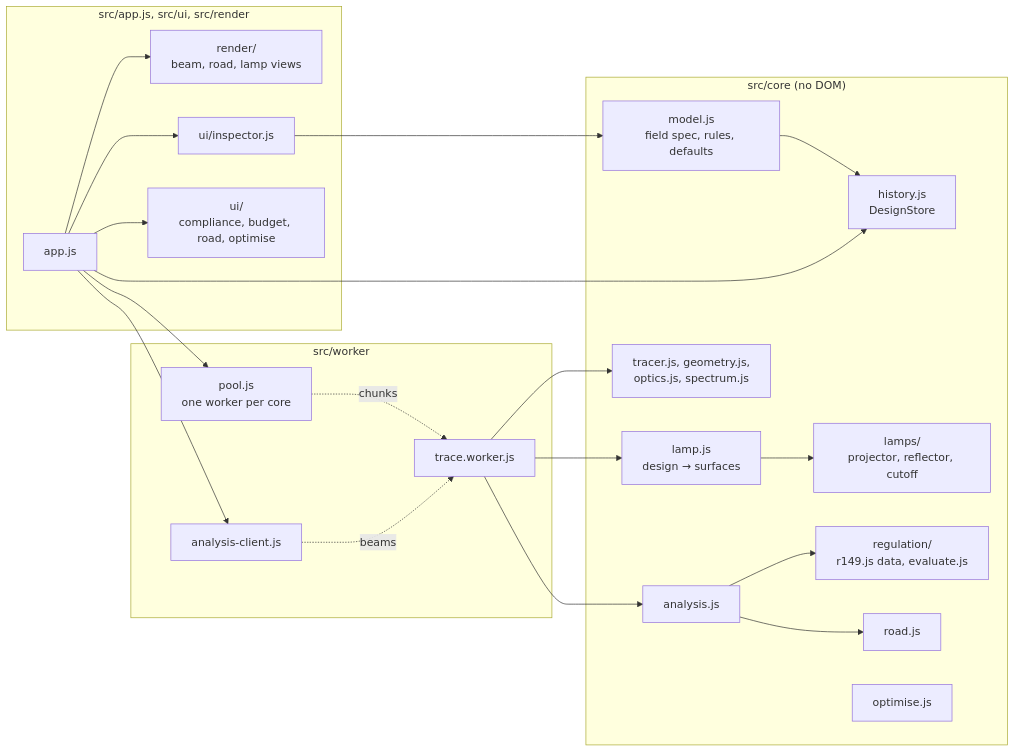
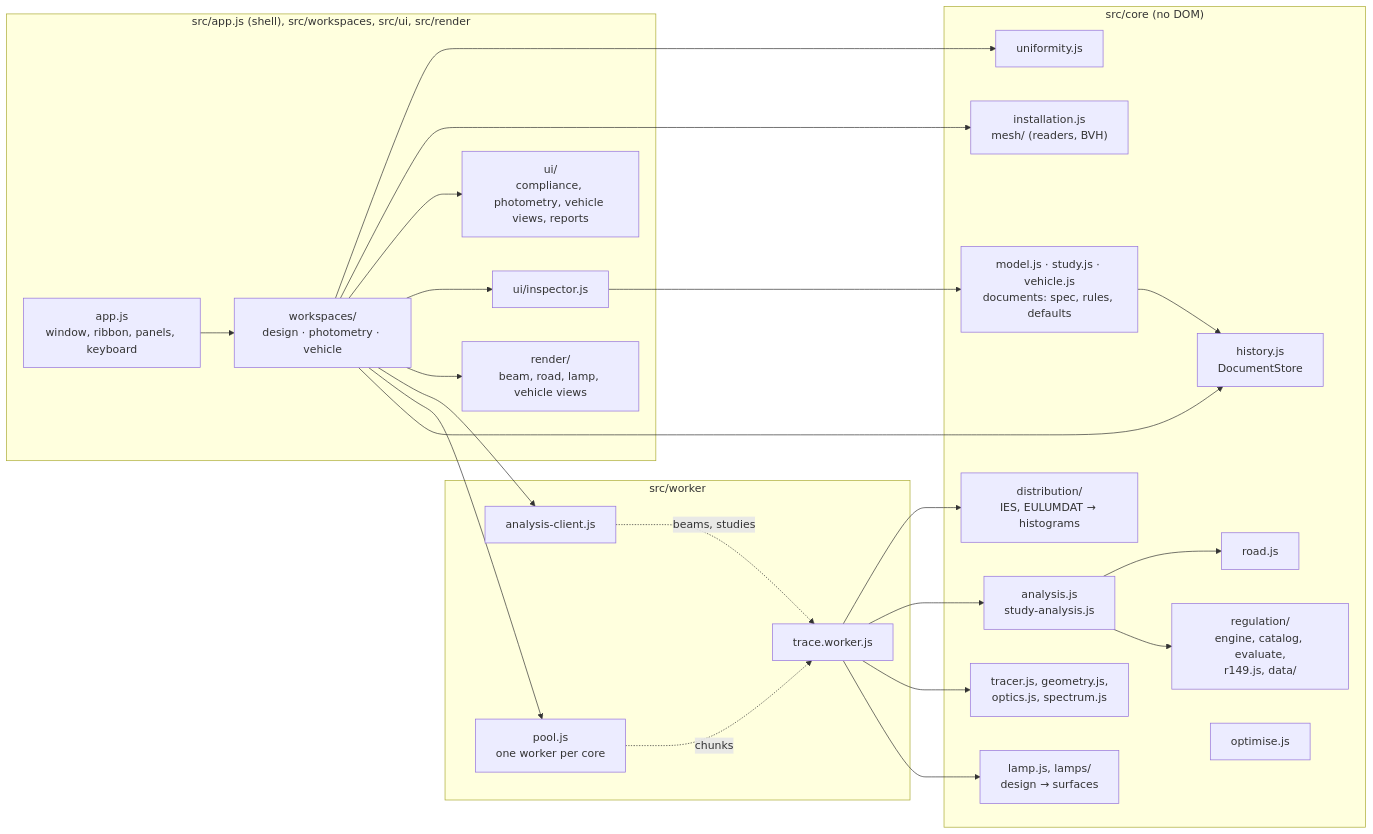
Before and after one commit to swiftugandan/cutline: the diagram in docs/ARCHITECTURE.md, drawn with Mermaid. The commit also changed other lines of this file and 87 other files, not shown here.

First line of the commit message:
Cutline 0.2.0: photometry and vehicle workspaces for every market

````diff
--- a/docs/ARCHITECTURE.md
+++ b/docs/ARCHITECTURE.md
@@ -9,23 +9,28 @@
 ```mermaid
 flowchart LR
   subgraph core["src/core (no DOM)"]
-    model["model.js<br/>field spec, rules, defaults"] --> history["history.js<br/>DesignStore"]
-    lamp["lamp.js<br/>design → surfaces"] --> lamps["lamps/<br/>projector, reflector, cutoff"]
+    model["model.js · study.js · vehicle.js<br/>documents: spec, rules, defaults"] --> history["history.js<br/>DocumentStore"]
+    lamp["lamp.js, lamps/<br/>design → surfaces"]
     tracer["tracer.js, geometry.js,<br/>optics.js, spectrum.js"]
-    analysis["analysis.js"] --> regulation["regulation/<br/>r149.js data, evaluate.js"]
+    dist["distribution/<br/>IES, EULUMDAT → histograms"]
+    analysis["analysis.js<br/>study-analysis.js"] --> regulation["regulation/<br/>engine, catalog, evaluate,<br/>r149.js, data/"]
     analysis --> road["road.js"]
+    install["installation.js<br/>mesh/ (readers, BVH)"]
+    uniformity["uniformity.js"]
     optimise["optimise.js"]
   end
   subgraph workers["src/worker"]
     pool["pool.js<br/>one worker per core"] -. chunks .-> worker["trace.worker.js"]
-    client["analysis-client.js"] -. beams .-> worker
-    worker --> lamp & tracer & analysis
+    client["analysis-client.js"] -. beams, studies .-> worker
+    worker --> lamp & tracer & analysis & dist
   end
-  subgraph page["src/app.js, src/ui, src/render"]
-    app["app.js"] --> history
-    app --> pool & client
-    app --> views["render/<br/>beam, road, lamp views"]
-    app --> inspector["ui/inspector.js"] --> model
-    app --> dock["ui/<br/>compliance, budget, road, optimise"]
+  subgraph page["src/app.js (shell), src/workspaces, src/ui, src/render"]
+    app["app.js<br/>window, ribbon, panels, keyboard"] --> ws["workspaces/<br/>design · photometry · vehicle"]
+    ws --> history
+    ws --> pool & client
+    ws --> views["render/<br/>beam, road, lamp, vehicle views"]
+    ws --> inspector["ui/inspector.js"] --> model
+    ws --> dock["ui/<br/>compliance, photometry, vehicle views, reports"]
+    ws --> install & uniformity
   end
 ```
````
